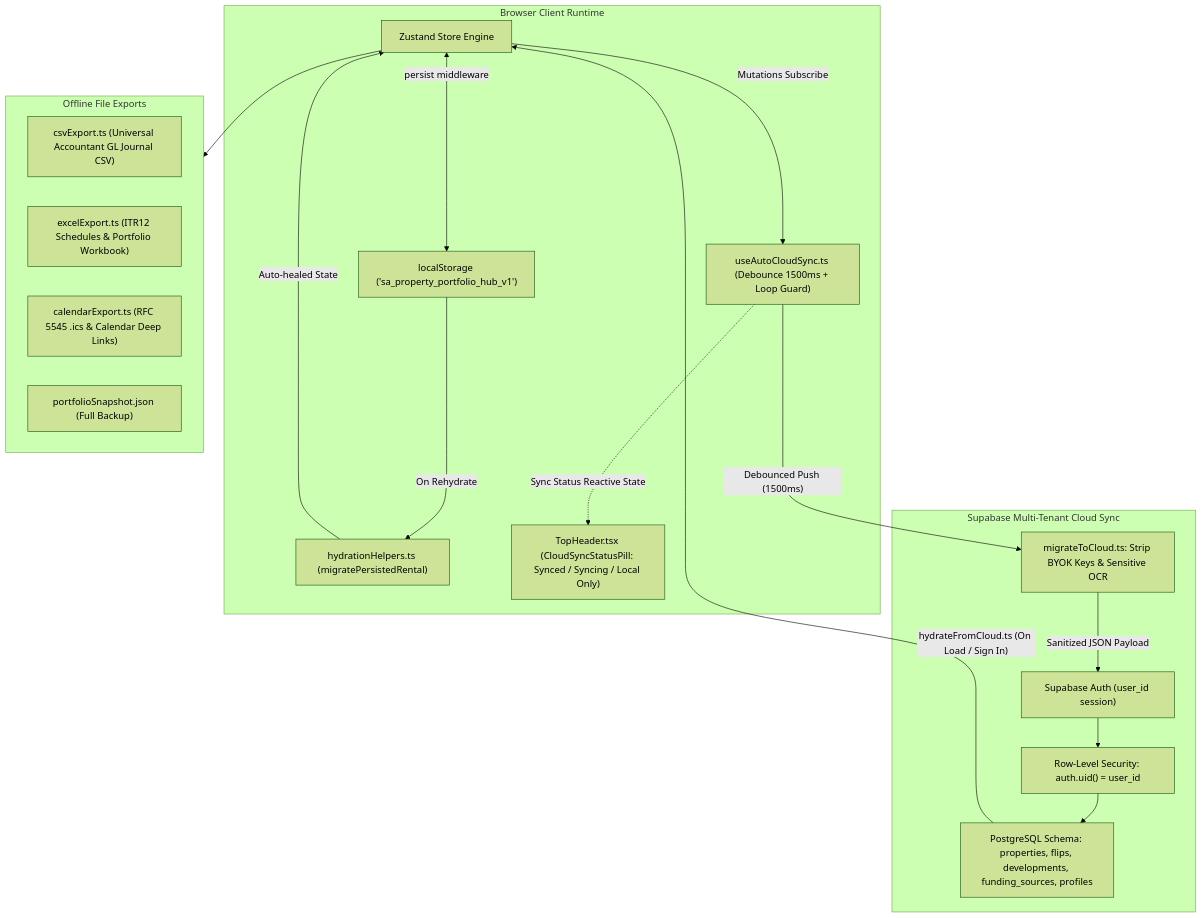
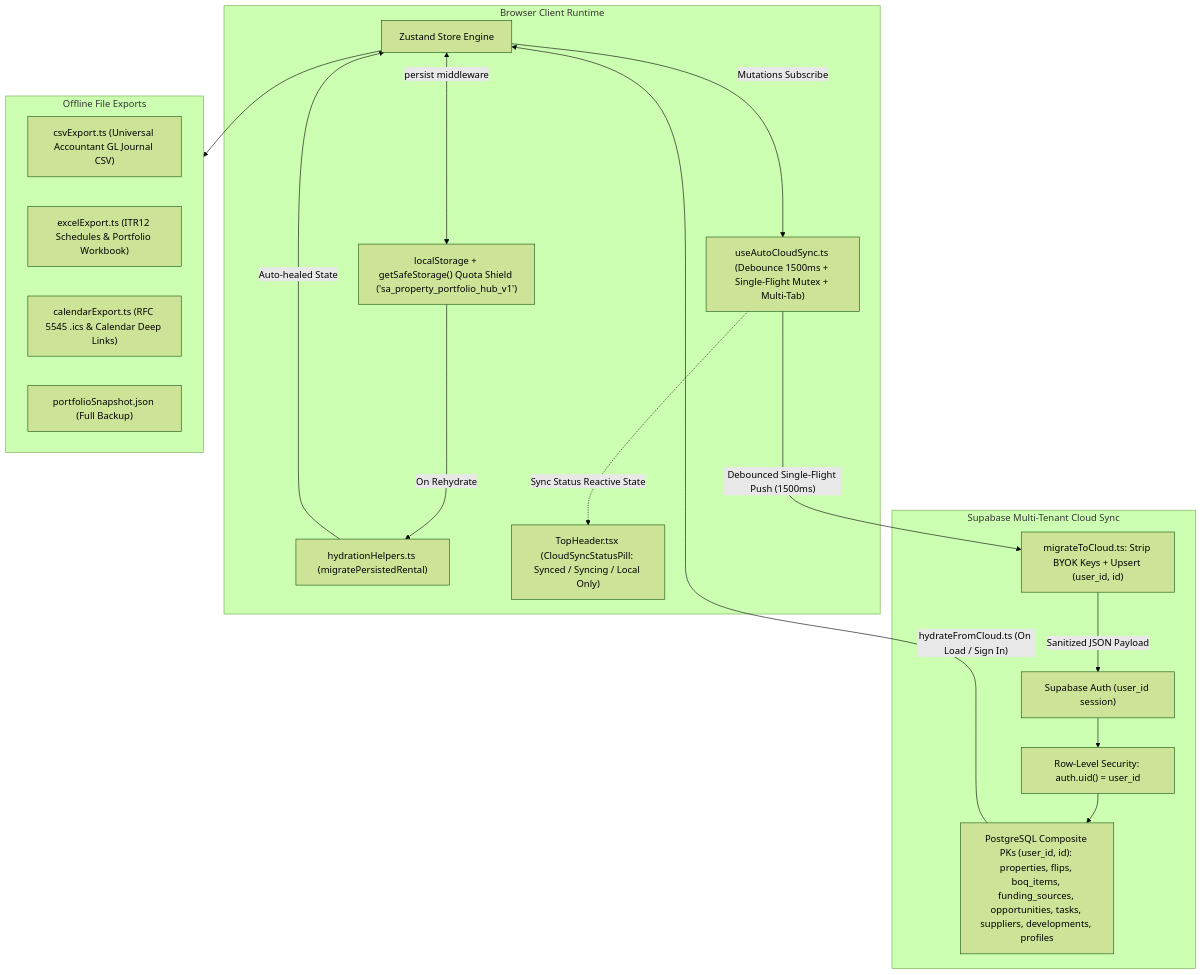
Before and after one commit to morokakk/sa-property-hub: the sixth of 8 diagrams in ARCHITECTURE.md, drawn with Mermaid (forest theme). The commit also changed other lines of this file and 1 other file, not shown here.

Commit message:
docs: sync ARCHITECTURE.md and README.md with v2 audit fixes

````diff
--- a/ARCHITECTURE.md
+++ b/ARCHITECTURE.md
@@ -378,38 +378,38 @@
 ```mermaid
 flowchart TD
   subgraph ClientRuntime["Browser Client Runtime"]
     ZUSTAND["Zustand Store Engine"]
-    LOCAL["localStorage ('sa_property_portfolio_hub_v1')"]
+    LOCAL["localStorage + getSafeStorage() Quota Shield ('sa_property_portfolio_hub_v1')"]
     AUTO_HEAL["hydrationHelpers.ts (migratePersistedRental)"]
-    SYNC_HOOK["useAutoCloudSync.ts (Debounce 1500ms + Loop Guard)"]
+    SYNC_HOOK["useAutoCloudSync.ts (Debounce 1500ms + Single-Flight Mutex + Multi-Tab)"]
     PILL["TopHeader.tsx (CloudSyncStatusPill: Synced / Syncing / Local Only)"]
   end
 
   subgraph ExportEngine["Offline File Exports"]
     CSV_EXP["csvExport.ts (Universal Accountant GL Journal CSV)"]
     EXCEL_EXP["excelExport.ts (ITR12 Schedules & Portfolio Workbook)"]
     ICS_EXP["calendarExport.ts (RFC 5545 .ics & Calendar Deep Links)"]
     JSON_SNAP["portfolioSnapshot.json (Full Backup)"]
   end
 
   subgraph CloudSync["Supabase Multi-Tenant Cloud Sync"]
     AUTH["Supabase Auth (user_id session)"]
     RLS["Row-Level Security: auth.uid() = user_id"]
-    SANITIZE["migrateToCloud.ts: Strip BYOK Keys & Sensitive OCR"]
-    TABLES["PostgreSQL Schema: properties, flips, developments, funding_sources, profiles"]
+    SANITIZE["migrateToCloud.ts: Strip BYOK Keys + Upsert (user_id, id)"]
+    TABLES["PostgreSQL Composite PKs (user_id, id): properties, flips, boq_items, funding_sources, opportunities, tasks, suppliers, developments, profiles"]
   end
 
   ZUSTAND <-->|"persist middleware"| LOCAL
   LOCAL -->|"On Rehydrate"| AUTO_HEAL
   AUTO_HEAL -->|"Auto-healed State"| ZUSTAND
 
   ZUSTAND --> ExportEngine
 
   ZUSTAND -->|"Mutations Subscribe"| SYNC_HOOK
-  SYNC_HOOK -->|"Debounced Push (1500ms)"| SANITIZE
+  SYNC_HOOK -->|"Debounced Single-Flight Push (1500ms)"| SANITIZE
   SYNC_HOOK -.->|"Sync Status Reactive State"| PILL
   SANITIZE -->|"Sanitized JSON Payload"| AUTH
   AUTH --> RLS
   RLS --> TABLES
   TABLES -->|"hydrateFromCloud.ts (On Load / Sign In)"| ZUSTAND
 ```
````
